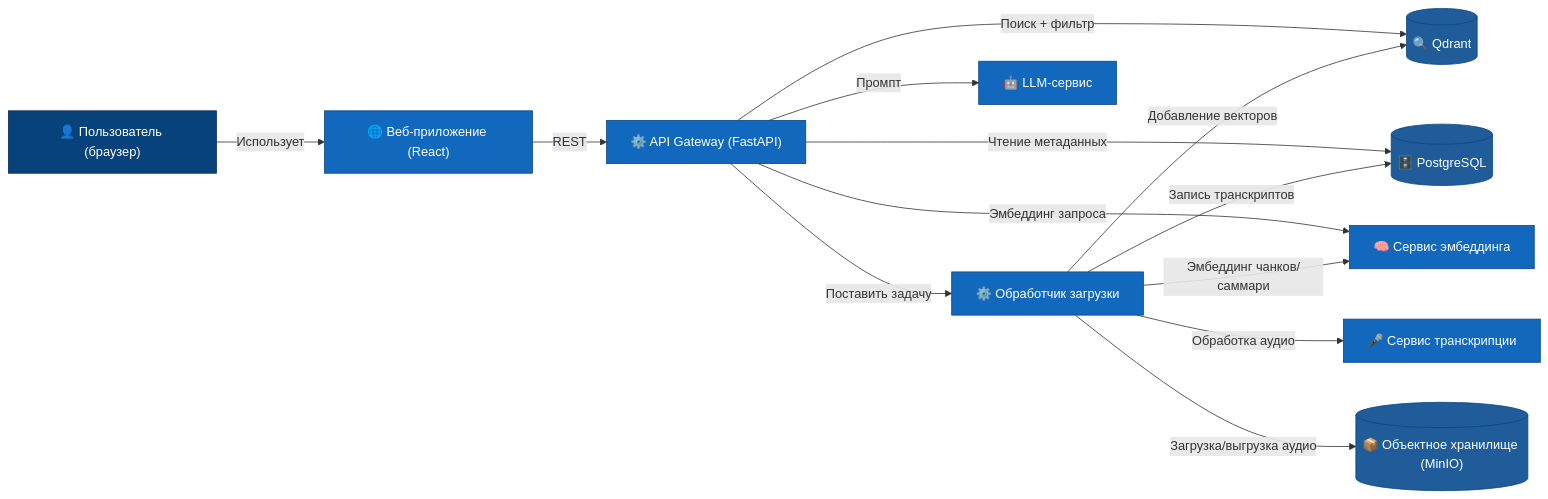
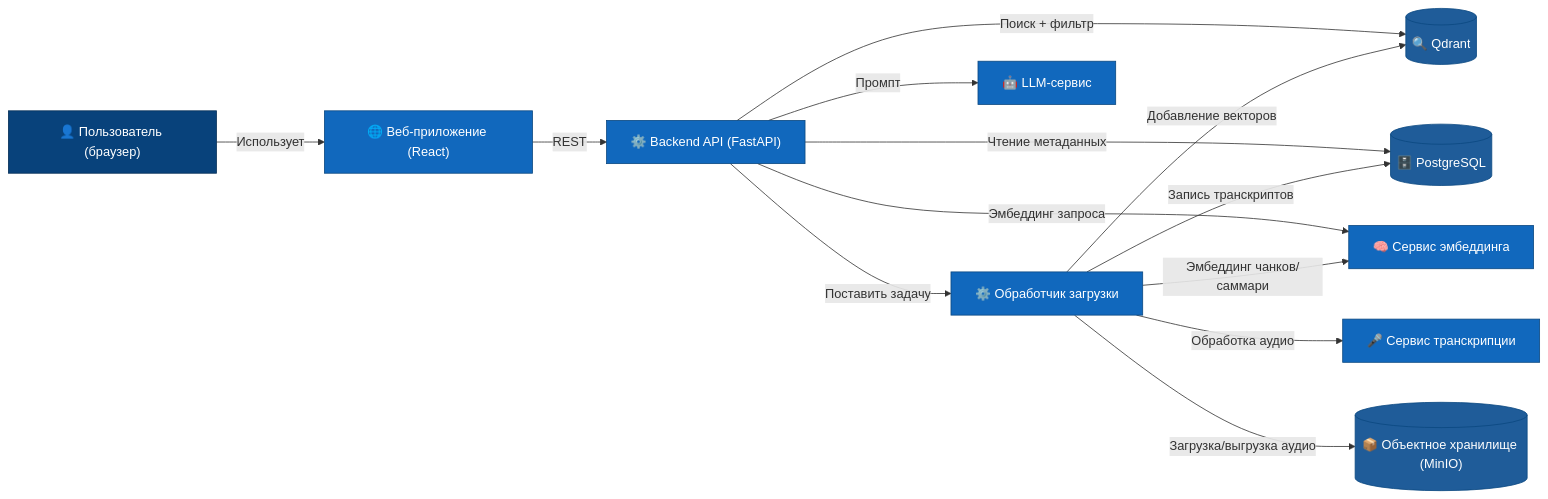
Before and after one commit to mynameis2wach/trais-architecture: the diagram in docs/ru/architecture/c4/level2-containers.md, drawn with Mermaid. The commit also changed other lines of this file, not shown here.

````diff
--- a/docs/ru/architecture/c4/level2-containers.md
+++ b/docs/ru/architecture/c4/level2-containers.md
@@ -19,35 +19,35 @@
 ```mermaid
 flowchart LR
     user["👤 Пользователь (браузер)"]
     web["🌐 Веб-приложение (React)"]
-    api["⚙️ API Gateway (FastAPI)"]
+    api["⚙️ Backend API (FastAPI)"]
     worker["⚙️ Обработчик загрузки"]
     postgres[("🗄️ PostgreSQL")]
     qdrant[("🔍 Qdrant")]
     s3[("📦 Объектное хранилище (MinIO)")]
     transcribe["🎤 Сервис транскрипции"]
     embed["🧠 Сервис эмбеддинга"]
     llm["🤖 LLM‑сервис"]
 
     user -->|"Использует"| web
     web -->|"REST"| api
     api -->|"Поиск + фильтр"| qdrant
     api -->|"Чтение метаданных"| postgres
     api -->|"Промпт"| llm
     api -->|"Эмбеддинг запроса"| embed
     api -->|"Поставить задачу"| worker
     worker -->|"Обработка аудио"| transcribe
     worker -->|"Эмбеддинг чанков/саммари"| embed
     worker -->|"Добавление векторов"| qdrant
     worker -->|"Запись транскриптов"| postgres
     worker -->|"Загрузка/выгрузка аудио"| s3
 
     classDef person fill:#08427B,color:#fff,stroke:#052E56
     classDef container fill:#1168BD,color:#fff,stroke:#0B4880
     classDef db fill:#1F5C99,color:#fff,stroke:#0B4880
     classDef ext fill:#999,color:#fff,stroke:#666
 
     class user person
     class web,api,worker,transcribe,embed,llm container
     class postgres,qdrant,s3 db
 ```
````
